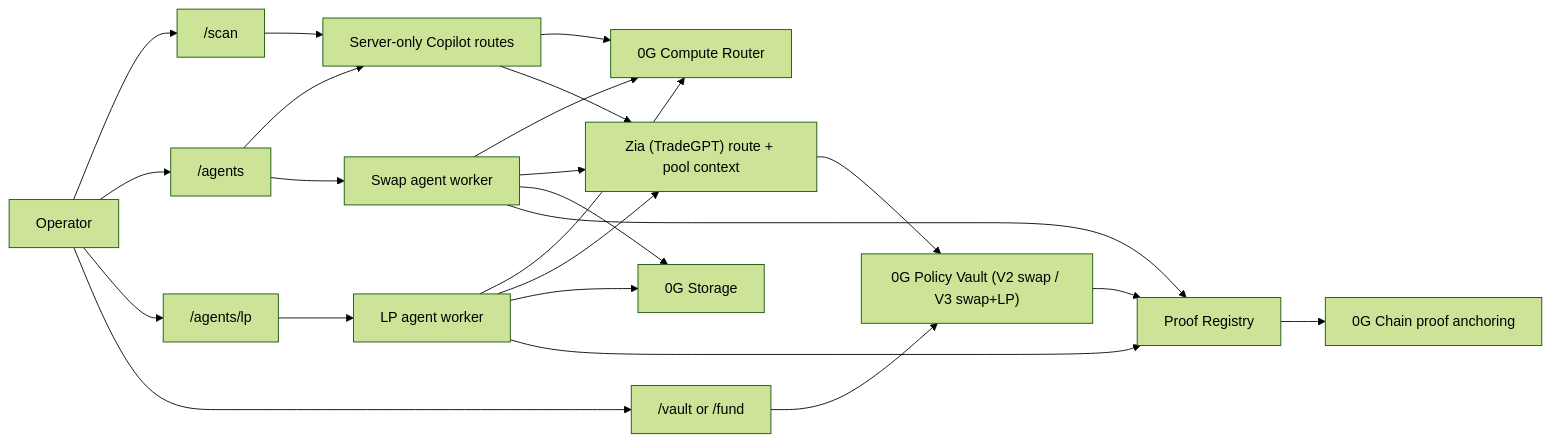
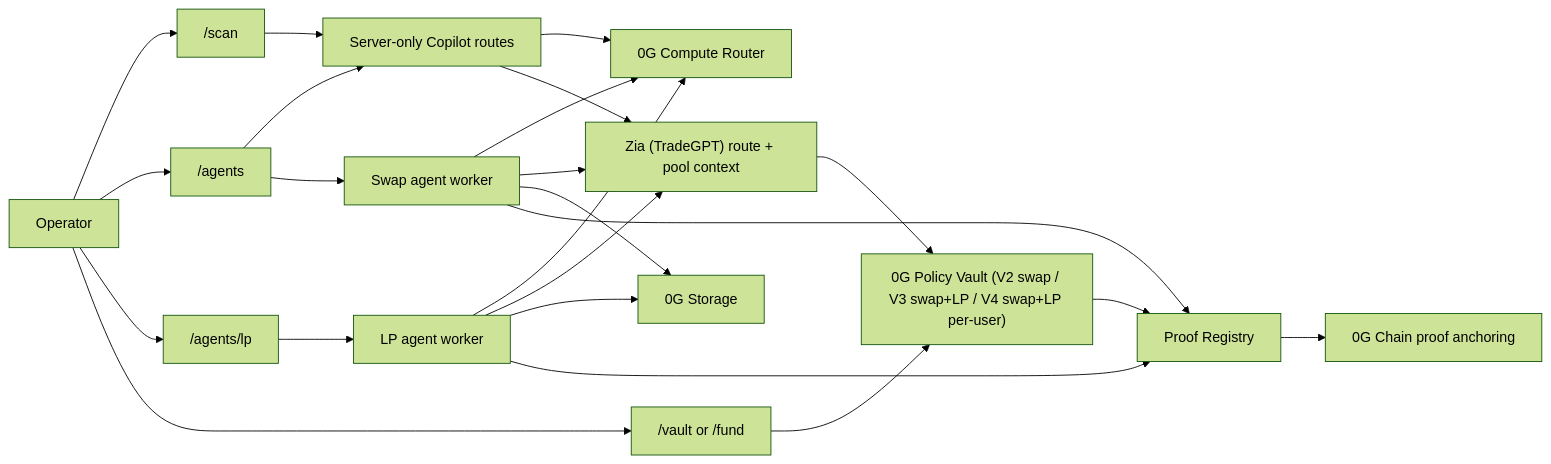
One commit to kann420/4lpha-0G changed the diagram in README.md. Above: the diagram before and after it, drawn with Mermaid (forest theme). The commit also changed other lines of this file, not shown here.

First line of the commit message:
docs: surface V4 Policy Vault across the README

````diff
--- a/README.md
+++ b/README.md
@@ -53,40 +53,40 @@
 ```mermaid
 flowchart LR
   User["Operator"]
   Scan["/scan"]
   Agents["/agents"]
   Lp["/agents/lp"]
   Vault["/vault or /fund"]
   Chat["Server-only Copilot routes"]
   Compute["0G Compute Router"]
   Zia["Zia (TradeGPT) route + pool context"]
   Storage["0G Storage"]
   Chain["0G Chain proof anchoring"]
-  VaultPolicy["0G Policy Vault (V2 swap / V3 swap+LP)"]
+  VaultPolicy["0G Policy Vault (V2 swap / V3 swap+LP / V4 swap+LP per-user)"]
   Proof["Proof Registry"]
   Worker["Swap agent worker"]
   LpWorker["LP agent worker"]
 
   User --> Scan
   User --> Agents
   User --> Lp
   User --> Vault
   Scan --> Chat
   Agents --> Chat
   Chat --> Compute
   Chat --> Zia
   Agents --> Worker
   Worker --> Compute
   Worker --> Zia
   Lp --> LpWorker
   LpWorker --> Compute
   LpWorker --> Zia
   Zia --> VaultPolicy
   Vault --> VaultPolicy
   VaultPolicy --> Proof
   Worker --> Storage
   Worker --> Proof
   LpWorker --> Storage
   LpWorker --> Proof
   Proof --> Chain
 ```
````
